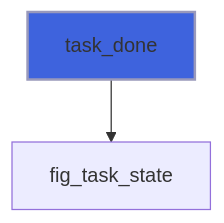
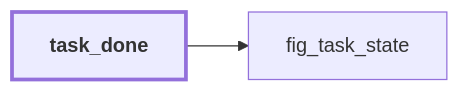
Before and after one commit to szaghi/figure: diagram 12 of 12 in docs/api/src/lib/figure_task.md, drawn with Mermaid. The commit also changed other lines of this file and 54 other files, not shown here.

````diff
--- a/docs/api/src/lib/figure_task.md
+++ b/docs/api/src/lib/figure_task.md
@@ -409,5 +442,7 @@
 ```mermaid
-flowchart TD
+flowchart LR
   task_done["task_done"] --> fig_task_state["fig_task_state"]
-  style task_done fill:#3e63dd,stroke:#99b,stroke-width:2px
+  classDef focus stroke-width:3px,font-weight:bold
+  class task_done focus
+  click fig_task_state href "figure_c_native.html#fig-task-state" "fig_task_state"
 ```
````
